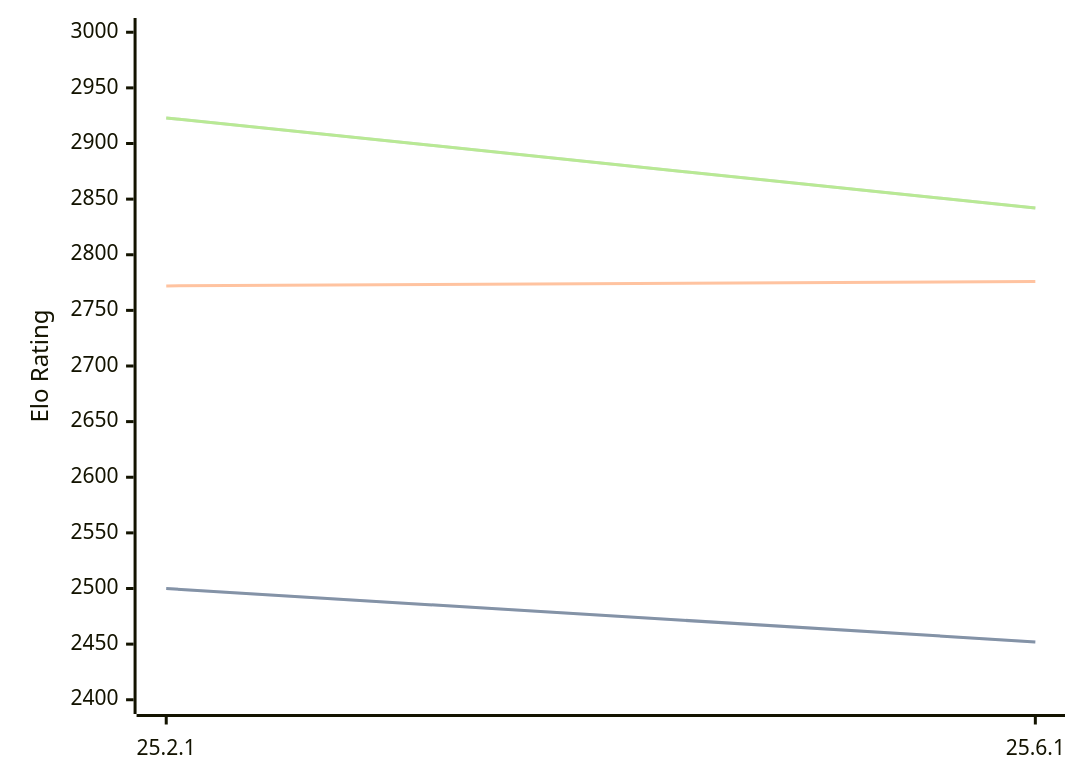
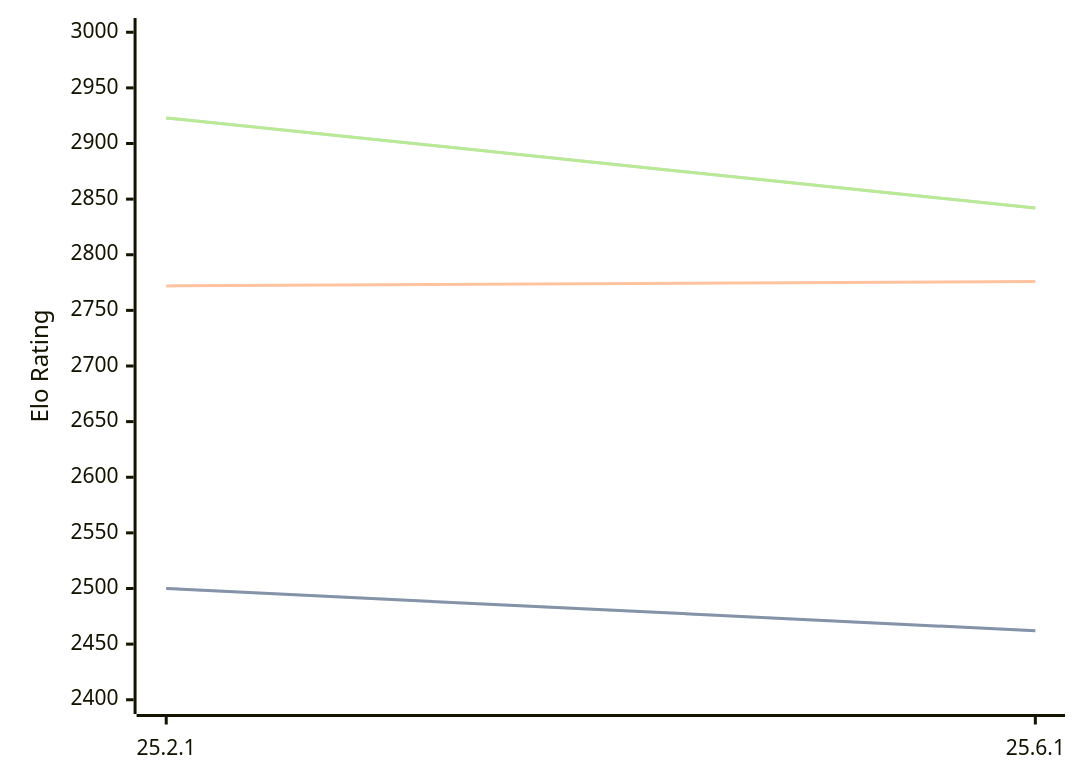
Before and after one commit to computer-chess-index/cci: the diagram in engines/Crafty.md, drawn with Mermaid. The commit also changed other lines of this file, not shown here.

````diff
--- a/engines/Crafty.md
+++ b/engines/Crafty.md
@@ -32,11 +32,11 @@
 ```mermaid
 %%{init: {"theme":"base","themeVariables":{"seriesColors:['#a3a3a3','#222221','#faa371']}}}%%
 xychart-beta
   x-axis ["25.2.1", "25.6.1"]
   y-axis "Elo Rating" 2400 --> 3000
-  line "STC (8.0+0.08s)" [2500, 2452]
-  line "STC (8.0+0.08s)" [2500, 2452]
+  line "STC (8.0+0.08s)" [2500, 2462]
+  line "STC (8.0+0.08s)" [2500, 2462]
   line "LTC (60.0+0.60s)" [2772, 2776]
   line "VLTC (2m24s+1.12s)" [2923, 2842]
   line "VLTC (2m24s+1.12s)" [2923, 2842]
 ```
````
